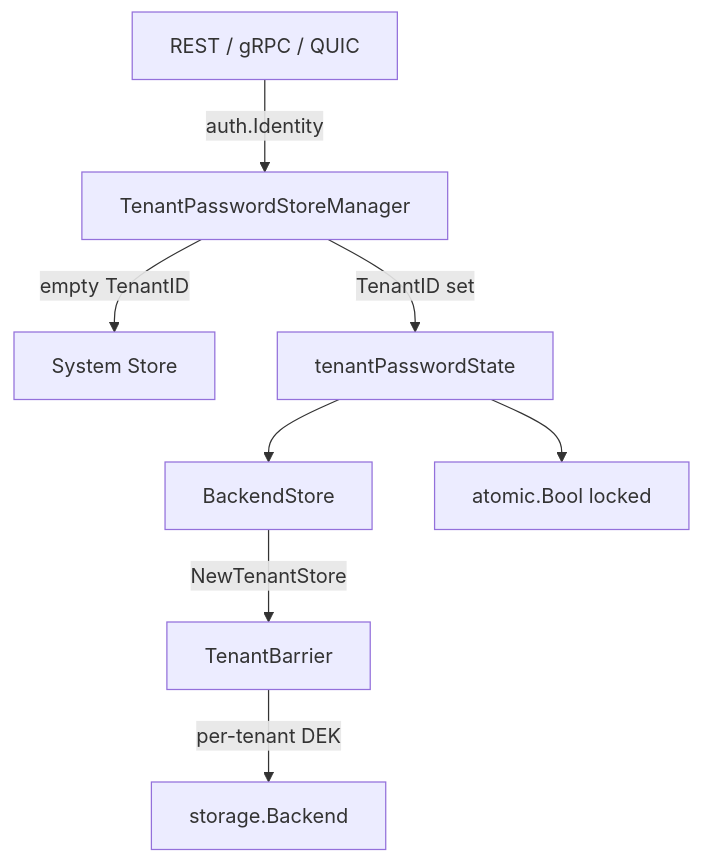
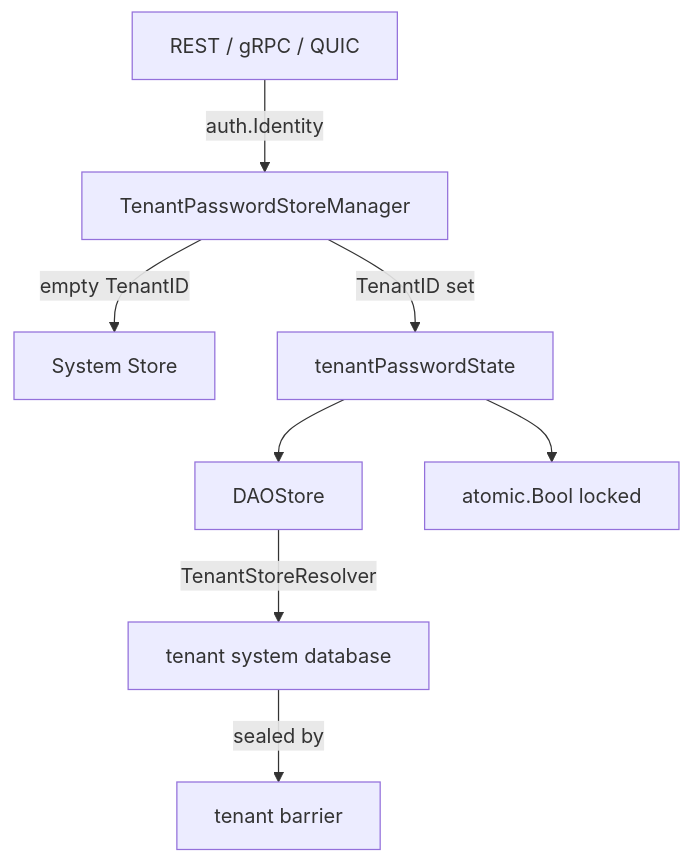
Before and after one commit to jeremyhahn/go-xkms: the second of 2 diagrams in docs/staticpw/README.md, drawn with Mermaid. The commit also changed other lines of this file and 421 other files, not shown here.

````diff
--- a/docs/staticpw/README.md
+++ b/docs/staticpw/README.md
@@ -308,10 +298,10 @@
 ```mermaid
 graph TD
     A[REST / gRPC / QUIC] -->|auth.Identity| B[TenantPasswordStoreManager]
     B -->|empty TenantID| C[System Store]
     B -->|TenantID set| D[tenantPasswordState]
-    D --> E[BackendStore]
+    D --> E[DAOStore]
     D --> F[atomic.Bool locked]
-    E -->|NewTenantStore| G[TenantBarrier]
-    G -->|per-tenant DEK| H[storage.Backend]
+    E -->|TenantStoreResolver| G[tenant system database]
+    G -->|sealed by| H[tenant barrier]
 ```
````
